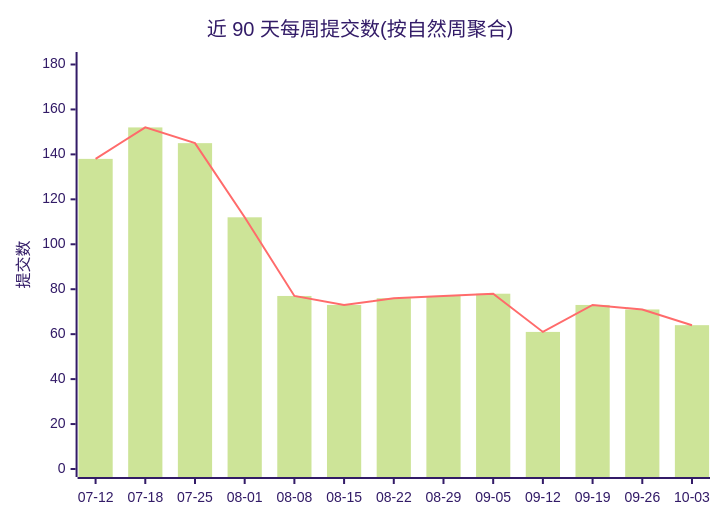
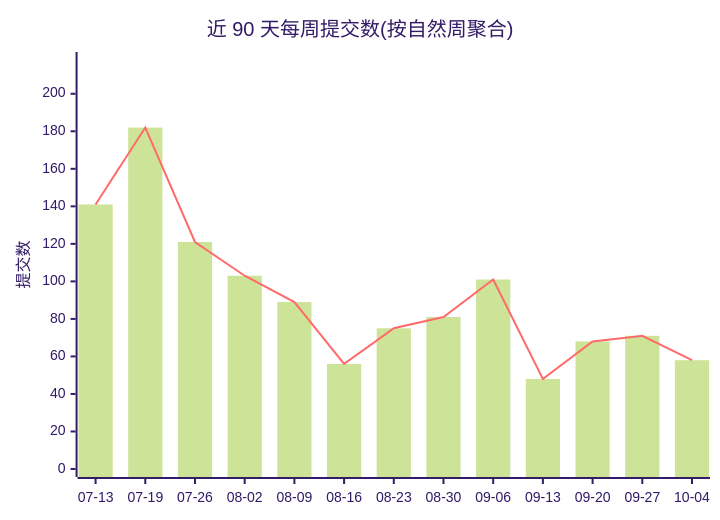
The first of 2 diagrams in profile/README.md (Conflux-Union/.github), drawn with Mermaid (forest theme) before and after one commit. The commit also changed other lines of this file and 1 other file, not shown here.

````diff
--- a/profile/README.md
+++ b/profile/README.md
@@ -44,8 +44,8 @@
 ```mermaid
 xychart-beta
     title "近 90 天每周提交数(按自然周聚合)"
-    x-axis ["07-12", "07-18", "07-25", "08-01", "08-08", "08-15", "08-22", "08-29", "09-05", "09-12", "09-19", "09-26", "10-03"]
-    y-axis "提交数" 0 --> 182
-    bar [138, 152, 145, 112, 77, 73, 76, 77, 78, 61, 73, 71, 64]
-    line [138, 152, 145, 112, 77, 73, 76, 77, 78, 61, 73, 71, 64]
+    x-axis ["07-13", "07-19", "07-26", "08-02", "08-09", "08-16", "08-23", "08-30", "09-06", "09-13", "09-20", "09-27", "10-04"]
+    y-axis "提交数" 0 --> 218
+    bar [141, 182, 121, 103, 89, 56, 75, 81, 101, 48, 68, 71, 58]
+    line [141, 182, 121, 103, 89, 56, 75, 81, 101, 48, 68, 71, 58]
 ```
````
